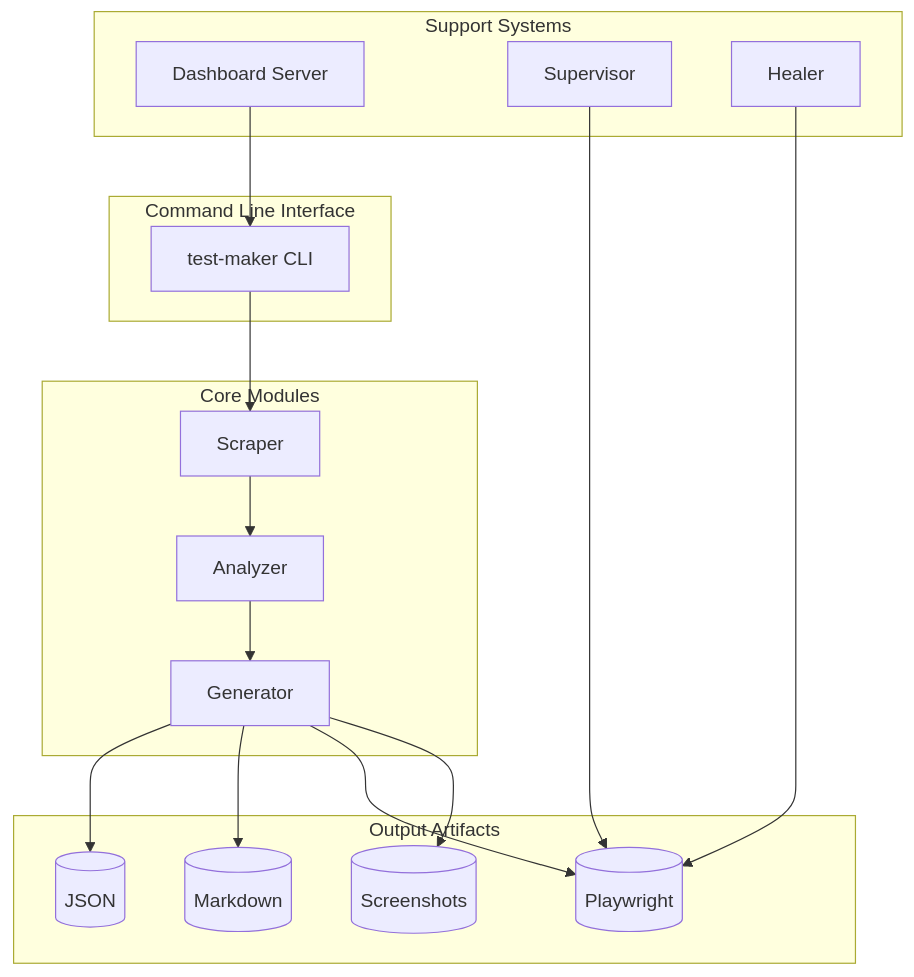
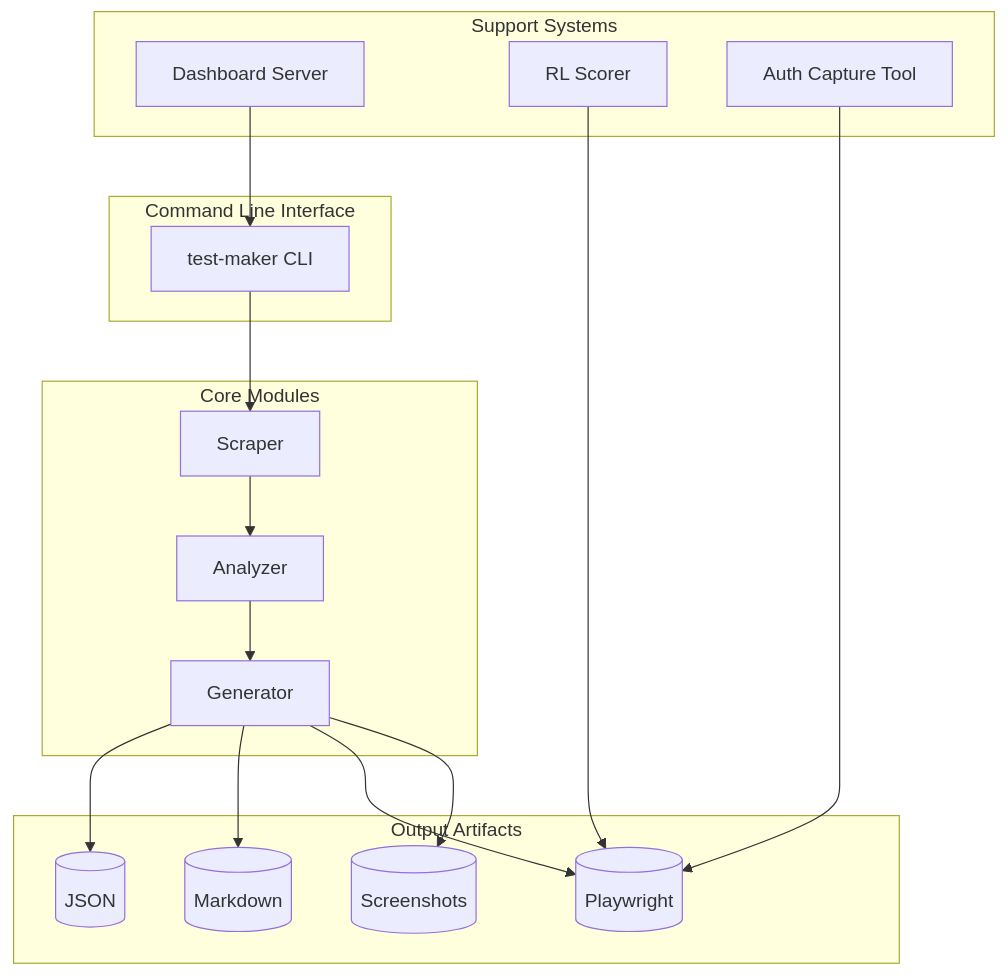
Before and after one commit to tonypark-cw/testMaker: the third of 4 diagrams in README.md, drawn with Mermaid. The commit also changed other lines of this file, not shown here.

````diff
--- a/README.md
+++ b/README.md
@@ -146,31 +147,31 @@
 ```mermaid
 graph TB
     subgraph CLI["Command Line Interface"]
         A[test-maker CLI]
     end
 
     subgraph Core["Core Modules"]
         B[Scraper]
         C[Analyzer]
         D[Generator]
     end
 
     subgraph Support["Support Systems"]
         E[Dashboard Server]
-        F[Supervisor]
-        G[Healer]
+        F[RL Scorer]
+        G[Auth Capture Tool]
     end
 
     subgraph Output["Output Artifacts"]
         H[(JSON)]
         I[(Markdown)]
         J[(Playwright)]
         K[(Screenshots)]
     end
 
     A --> B --> C --> D
     D --> H & I & J & K
     E --> A
     F --> J
     G --> J
 ```
````
